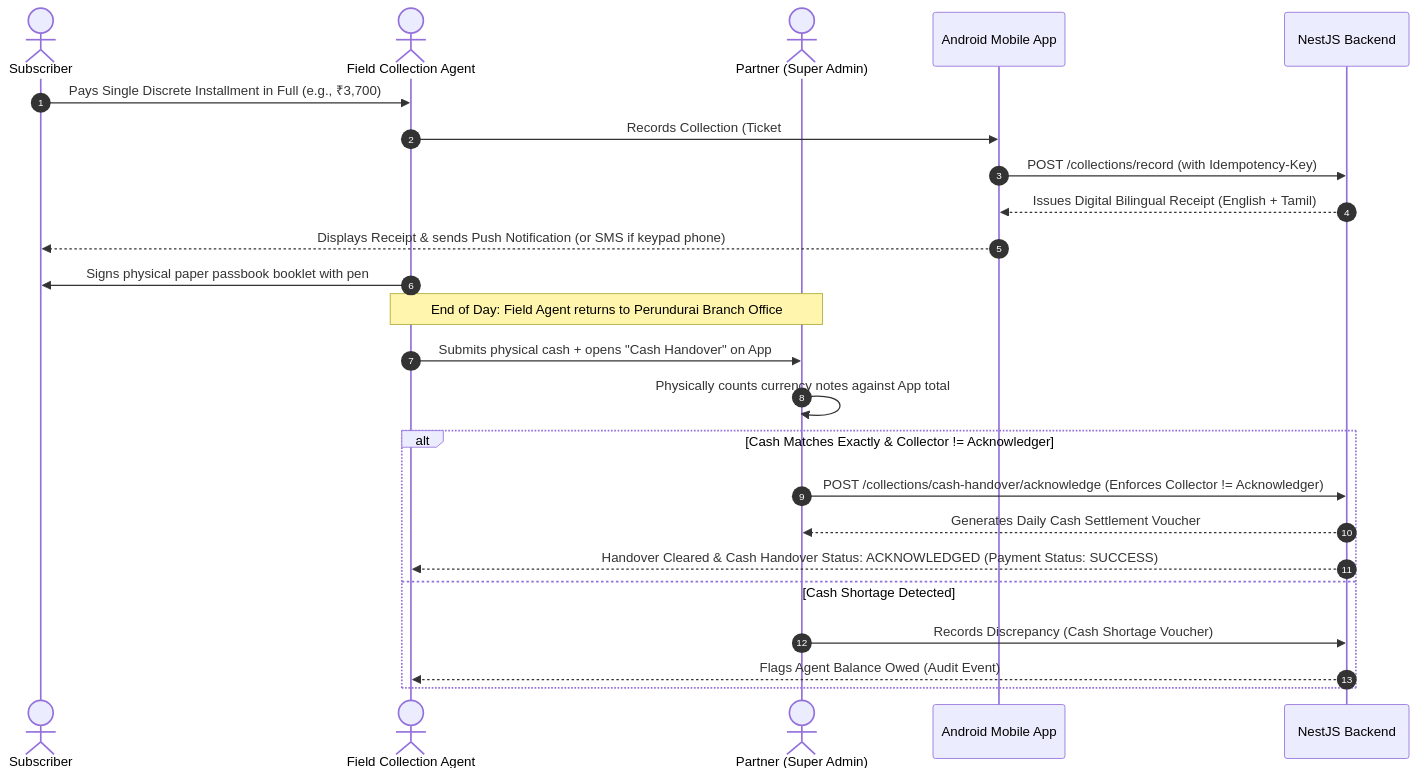
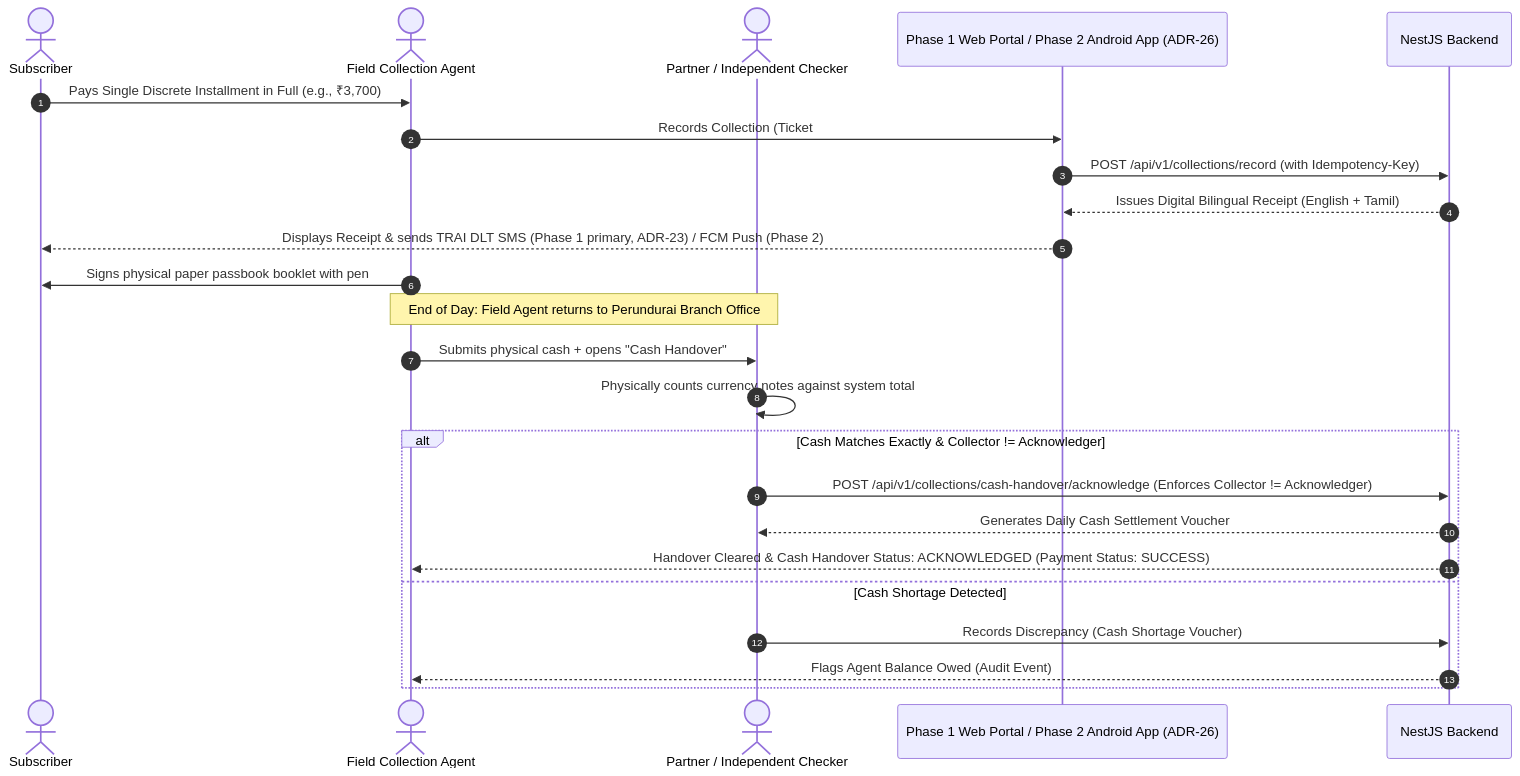
One commit to Kathir-24/Kumaran-finance changed the first of 2 diagrams in docs/07-operations/operations-sop.md. Above: the diagram before and after it, drawn with Mermaid. The commit also changed other lines of this file and 4 other files, not shown here.

````diff
--- a/docs/07-operations/operations-sop.md
+++ b/docs/07-operations/operations-sop.md
@@ -10,29 +10,29 @@
 ```mermaid
 sequenceDiagram
     autonumber
     actor Customer as Subscriber
     actor Agent as Field Collection Agent
-    actor Partner as Partner (Super Admin)
-    participant App as Android Mobile App
+    actor Partner as Partner / Independent Checker
+    participant App as Phase 1 Web Portal / Phase 2 Android App (ADR-26)
     participant Server as NestJS Backend
 
     Customer->>Agent: Pays Single Discrete Installment in Full (e.g., ₹3,700)
     Agent->>App: Records Collection (Ticket #, Exact Amount, Method: CASH)
-    App->>Server: POST /collections/record (with Idempotency-Key)
+    App->>Server: POST /api/v1/collections/record (with Idempotency-Key)
     Server-->>App: Issues Digital Bilingual Receipt (English + Tamil)
-    App-->>Customer: Displays Receipt & sends Push Notification (or SMS if keypad phone)
+    App-->>Customer: Displays Receipt & sends TRAI DLT SMS (Phase 1 primary, ADR-23) / FCM Push (Phase 2)
     Agent->>Customer: Signs physical paper passbook booklet with pen
 
     Note over Agent,Partner: End of Day: Field Agent returns to Perundurai Branch Office
 
-    Agent->>Partner: Submits physical cash + opens "Cash Handover" on App
-    Partner->>Partner: Physically counts currency notes against App total
+    Agent->>Partner: Submits physical cash + opens "Cash Handover"
+    Partner->>Partner: Physically counts currency notes against system total
     alt Cash Matches Exactly & Collector != Acknowledger
-        Partner->>Server: POST /collections/cash-handover/acknowledge (Enforces Collector != Acknowledger)
+        Partner->>Server: POST /api/v1/collections/cash-handover/acknowledge (Enforces Collector != Acknowledger)
         Server-->>Partner: Generates Daily Cash Settlement Voucher
         Server-->>Agent: Handover Cleared & Cash Handover Status: ACKNOWLEDGED (Payment Status: SUCCESS)
     else Cash Shortage Detected
         Partner->>Server: Records Discrepancy (Cash Shortage Voucher)
         Server-->>Agent: Flags Agent Balance Owed (Audit Event)
     end
 ```
````
